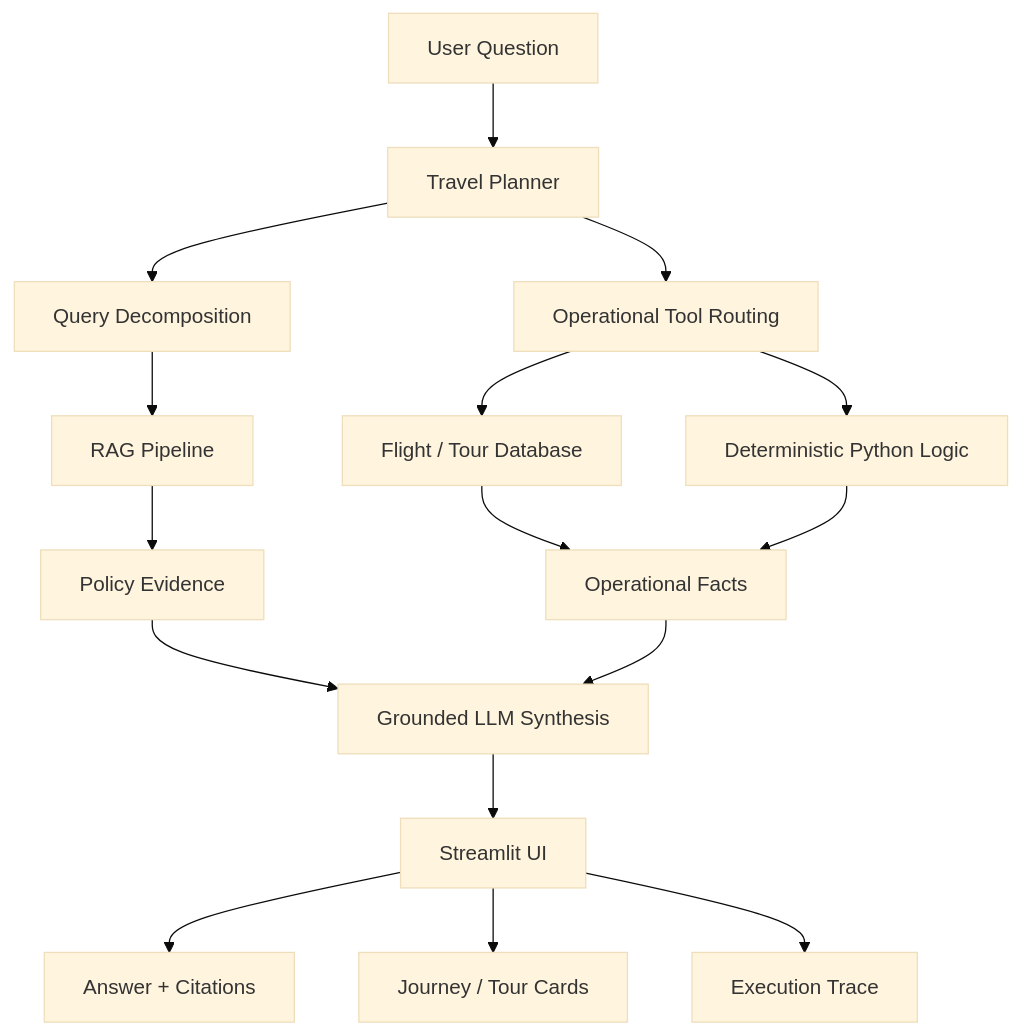
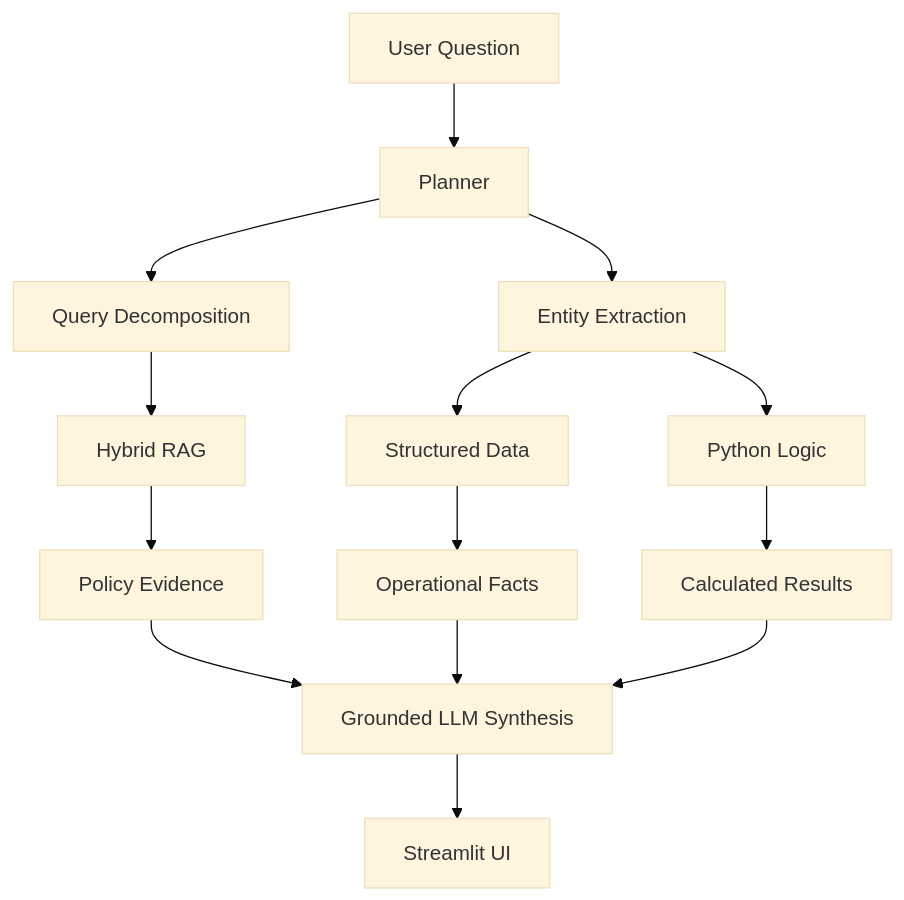
One commit to MiZhyn/compliance-copilot changed the diagram in README.md. Above: the diagram before and after it, drawn with Mermaid (base theme). The commit also changed other lines of this file and 7 other files, not shown here.

````diff
--- a/README.md
+++ b/README.md
@@ -310,23 +83,21 @@
 ```mermaid
 flowchart TD
-    A[User Question] --> B[Travel Planner]
+    A[User Question] --> B[Planner]
 
     B --> C[Query Decomposition]
-    B --> D[Operational Tool Routing]
+    B --> D[Entity Extraction]
 
-    C --> E[RAG Pipeline]
-    D --> F[Flight / Tour Database]
-    D --> G[Deterministic Python Logic]
+    C --> E[Hybrid RAG]
+    D --> F[Structured Data]
+    D --> G[Python Logic]
 
     E --> H[Policy Evidence]
     F --> I[Operational Facts]
-    G --> I
+    G --> J[Calculated Results]
 
-    H --> J[Grounded LLM Synthesis]
-    I --> J
+    H --> K[Grounded LLM Synthesis]
+    I --> K
+    J --> K
 
-    J --> K[Streamlit UI]
-    K --> L[Answer + Citations]
-    K --> M[Journey / Tour Cards]
-    K --> N[Execution Trace]
+    K --> L[Streamlit UI]
 ```
````
